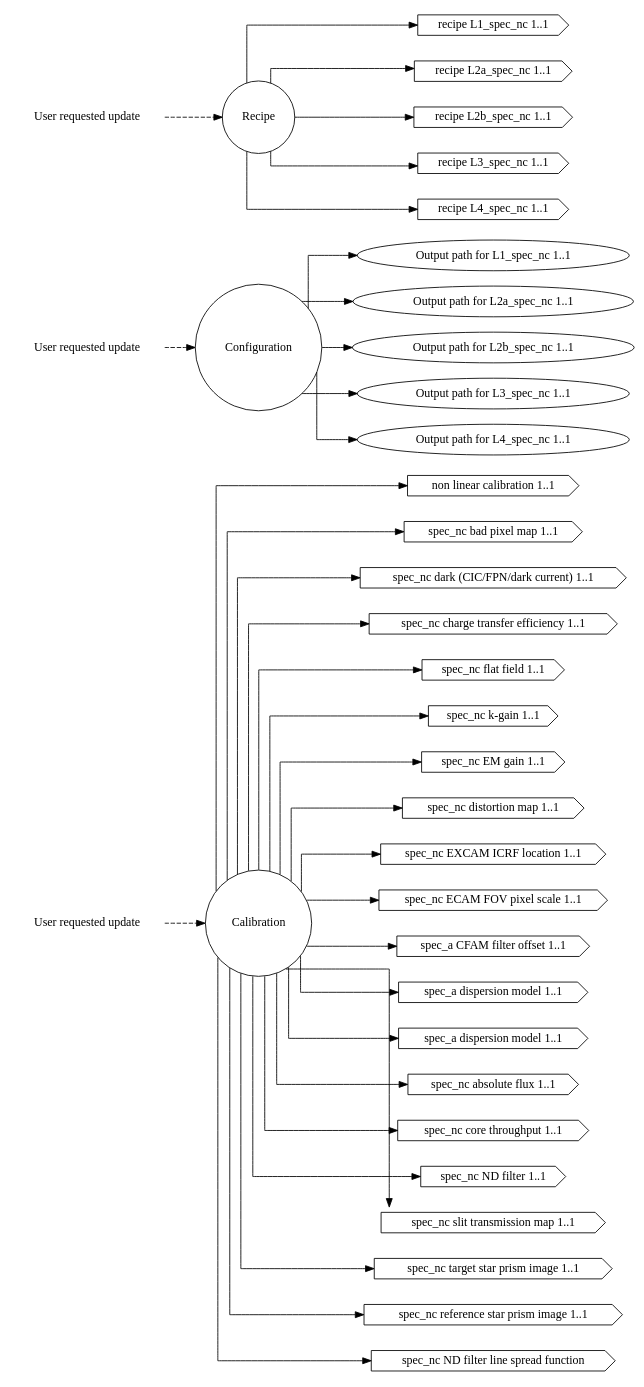
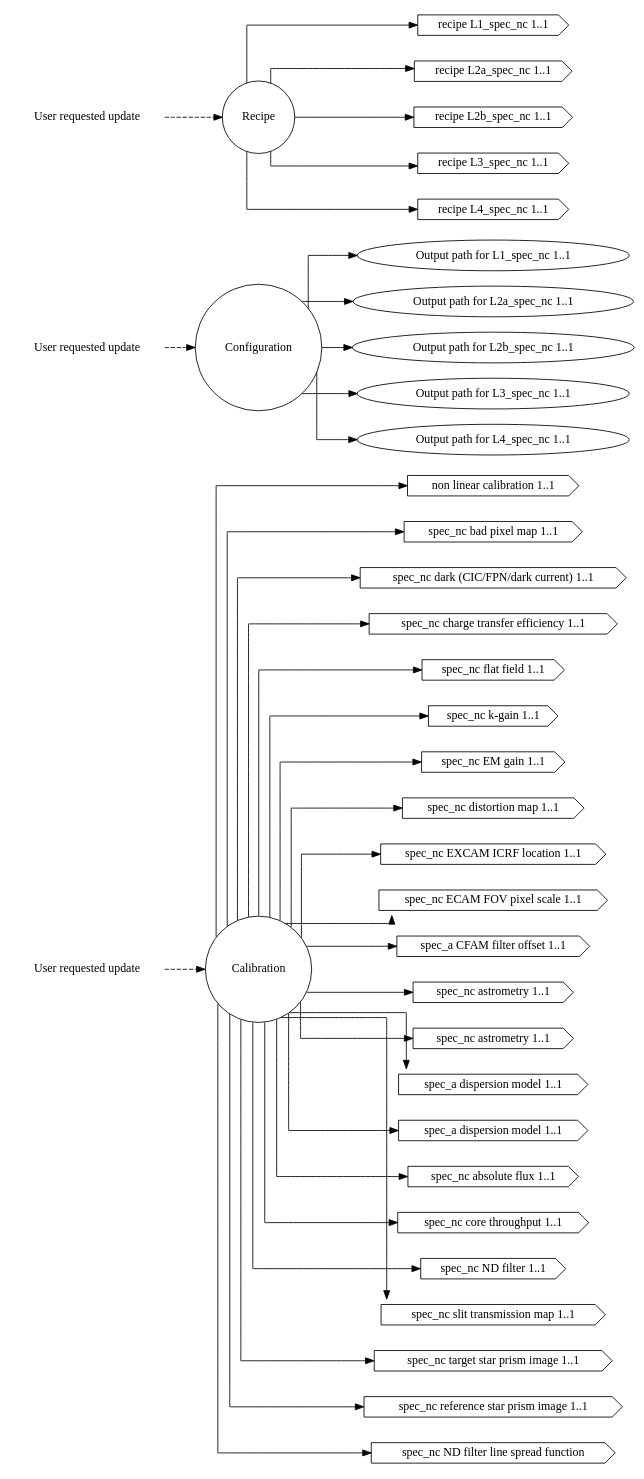
One commit to roman-corgi/ctc-dip changed the diagram in dip/basis/ck_spec_nc.dot. Above: the diagram before and after it, drawn with Graphviz. The commit also changed 48 other files, not shown here.

```diff
--- a/dip/basis/ck_spec_nc.dot
+++ b/dip/basis/ck_spec_nc.dot
@@ -1,149 +1,157 @@
 /* why separate channels and how are they tied back together
 *
 * The magic happens from clerks.dot. It contains the same clerks but with dawgie
 * information tied to the nodes. Since they are all named the same among these
 * channlized files and clerks.dot, the dip.basis.transmute distills then
 * condenses them into a hidden monolithic concept if they have dawgie
 * information associated with them. That is the real magic.
 */
 digraph SpectroscopyNCClerks
 {
   graph [splines="ortho", rankdir=LR];
 
   alarm_cal [label="User requested update", shape="none"];
   alarm_cnf [label="User requested update", shape="none"];
   alarm_rec [label="User requested update", shape="none"];
   
   calib [label="Calibration", shape="circle"];
   config [label="Configuration", shape="circle"];
   recipe [label="Recipe", shape="circle"];
 
   l1_spec_nc_odir [label="Output path for L1_spec_nc 1..1", shape="ellipse",
                  valname="clerk.configuration.l1_spec_nc.outdir",
                  valtype="dip.base.Configuration"];
   l1_spec_nc_rec [label="recipe L1_spec_nc 1..1", shape="cds",
                 valname="clerk.recipe.l1_spec_nc.recipe",
                 valtype="dip.base.Recipe"];
   l1_spec_nc_nllut [label="non linear calibration 1..1", shape="cds",
                      valname="clerk.calibration.l1_spec_nc.nonlin",
                      valtype="dip.base.Calibration"];
 
   l2a_spec_nc_odir [label="Output path for L2a_spec_nc 1..1", shape="ellipse",
                  valname="clerk.configuration.l2a_spec_nc.outdir",
                  valtype="dip.base.Configuration"];
   l2a_spec_nc_rec [label="recipe L2a_spec_nc 1..1", shape="cds",
                  valname="clerk.recipe.l2a_spec_nc.recipe",
                  valtype="dip.base.Recipe"];
   l2a_spec_nc_mbpm [label="spec_nc bad pixel map 1..1", shape="cds",
                 valname="clerk.calibration.l2a_spec_nc.bad_pix_map",
                 valtype="dip.base.Calibration"];
   l2a_spec_nc_dnb  [label="spec_nc dark (CIC/FPN/dark current) 1..1", shape="cds",
                   valname="clerk.calibration.l2a_spec_nc.darks",
                   valtype="dip.base.Calibration"];
   l2a_spec_nc_cti  [label="spec_nc charge transfer efficiency 1..1", shape="cds",
                 valname="clerk.calibration.l2a_spec_nc.charge_xfer_eff",
                 valtype="dip.base.Calibration"];
   l2a_spec_nc_ff  [label="spec_nc flat field 1..1", shape="cds",
                 valname="clerk.calibration.l2a_spec_nc.flat_field",
                 valtype="dip.base.Calibration"];
   l2a_spec_nc_kgain  [label="spec_nc k-gain 1..1", shape="cds",
                 valname="clerk.calibration.l2a_spec_nc.k_gain",
                 valtype="dip.base.Calibration"];
   l2a_spec_nc_emg [label="spec_nc EM gain 1..1", shape="cds",
                 valname="clerk.calibration.l2a_spec_nc.em_gain",
                 valtype="dip.base.Calibration"];
   l2b_spec_nc_odir [label="Output path for L2b_spec_nc 1..1", shape="ellipse",
                  valname="clerk.configuration.l2b_spec_nc.outdir",
                  valtype="dip.base.Configuration"];
   l2b_spec_nc_rec [label="recipe L2b_spec_nc 1..1", shape="cds",
                  valname="clerk.recipe.l2b_spec_nc.recipe",
                  valtype="dip.base.Recipe"];
   l2b_spec_nc_distm [label="spec_nc distortion map 1..1", shape="cds",
                  valname="clerk.calibration.l2b_spec_nc.distortion_map",
                  valtype="dip.base.Calibration"];
   l2b_spec_nc_excicrf [label="spec_nc EXCAM ICRF location 1..1", shape="cds",
                  valname="clerk.calibration.l2b_spec_nc.excam_icrf_location",
                  valtype="dip.base.Calibration"];
   l2b_spec_nc_excfovps [label="spec_nc ECAM FOV pixel scale 1..1", shape="cds",
                  valname="clerk.calibration.l2b_spec_nc.excam_fov_pixel_scale",
                  valtype="dip.base.Calibration"];
   l2b_spec_nc_cfamfo [label="spec_a CFAM filter offset 1..1", shape="cds",
                  valname="clerk.calibration.l2b_spec_nc.cfam_filter_offset",
                  valtype="dip.base.Calibration"];
 
   l3_spec_nc_odir [label="Output path for L3_spec_nc 1..1", shape="ellipse",
                  valname="clerk.configuration.l3_spec_nc.outdir",
                  valtype="dip.base.Configuration"];
   l3_spec_nc_rec [label="recipe L3_spec_nc 1..1", shape="cds",
                  valname="clerk.recipe.l3_spec_nc.recipe",
                  valtype="dip.base.Recipe"];
+  l3_spec_nc_ast [label="spec_nc astrometry 1..1", shape="cds",
+                 valname="clerk.calibration.l3_spec_nc.astrometry",
+                 valtype="dip.base.Calibration"];
+  l3_spec_nc_ndf [label="spec_nc astrometry 1..1", shape="cds",
+                 valname="clerk.calibration.l3_spec_nc.ndfilter",
+                 valtype="dip.base.Calibration"];
   l3_spec_nc_dispm [label="spec_a dispersion model 1..1", shape="cds",
                  valname="clerk.calibration.l3_spec_nc.dispersion_model",
                  valtype="dip.base.Calibration"];
   l3_spec_nc_wavem [label="spec_a dispersion model 1..1", shape="cds",
                  valname="clerk.calibration.l3_spec_nc.wavelength_map",
                  valtype="dip.base.Calibration"];
 
   l4_spec_nc_odir [label="Output path for L4_spec_nc 1..1", shape="ellipse",
                  valname="clerk.configuration.l4_spec_nc.outdir",
                  valtype="dip.base.Configuration"];
   l4_spec_nc_rec [label="recipe L4_spec_nc 1..1", shape="cds",
                  valname="clerk.recipe.l4_spec_nc.recipe",
                  valtype="dip.base.Recipe"];
   l4_spec_nc_afcal [label="spec_nc absolute flux 1..1", shape="cds",
                  valname="clerk.calibration.l4_spec_nc.absolute_flux",
                  valtype="dip.base.Calibration"];
   l4_spec_nc_ctcal [label="spec_nc core throughput 1..1", shape="cds",
                  valname="clerk.calibration.l4_spec_nc.core_thruput",
                  valtype="dip.base.Calibration"];
   l4_spec_nc_ndfilt [label="spec_nc ND filter 1..1", shape="cds",
                  valname="clerk.calibration.l4_spec_nc.nd_filter",
                  valtype="dip.base.Calibration"];
   l4_spec_nc_stmap [label="spec_nc slit transmission map 1..1", shape="cds",
                  valname="clerk.calibration.l4_spec_nc.slit_transmission_map",
                  valtype="dip.base.Calibration"];
   l4_spec_nc_tspi [label="spec_nc target star prism image 1..1", shape="cds",
                  valname="clerk.calibration.l4_spec_nc.target_star_prism_image",
                  valtype="dip.base.Calibration"];
   l4_spec_nc_rspi [label="spec_nc reference star prism image 1..1", shape="cds",
                  valname="clerk.calibration.l4_spec_nc.ref_star_prism_image",
                  valtype="dip.base.Calibration"];
   l4_spec_nc_lsf [label="spec_nc ND filter line spread function", shape="cds",
                  valname="clerk.calibration.l4_spec_nc.line_spread_function",
                  valtype="dip.base.Calibration"];
 
   alarm_cal -> calib [style="dashed"];
   alarm_cnf -> config [style="dashed"];
   alarm_rec -> recipe [style="dashed"];
 
   calib -> l1_spec_nc_nllut;
   calib -> l2a_spec_nc_mbpm;
   calib -> l2a_spec_nc_dnb;
   calib -> l2a_spec_nc_cti;
   calib -> l2a_spec_nc_ff;
   calib -> l2a_spec_nc_kgain;
   calib -> l2a_spec_nc_emg;
   calib -> l2b_spec_nc_distm;
   calib -> l2b_spec_nc_excicrf;
   calib -> l2b_spec_nc_excfovps;
   calib -> l2b_spec_nc_cfamfo;
+  calib -> l3_spec_nc_ast;
+  calib -> l3_spec_nc_ndf;
   calib -> l3_spec_nc_dispm;
   calib -> l3_spec_nc_wavem;
   calib -> l4_spec_nc_afcal;
   calib -> l4_spec_nc_ctcal;
   calib -> l4_spec_nc_ndfilt;
   calib -> l4_spec_nc_stmap;
   calib -> l4_spec_nc_tspi;
   calib -> l4_spec_nc_rspi;
   calib -> l4_spec_nc_lsf;
   config -> l1_spec_nc_odir;
   config -> l2a_spec_nc_odir;
   config -> l2b_spec_nc_odir;
   config -> l3_spec_nc_odir;
   config -> l4_spec_nc_odir;
   recipe -> l1_spec_nc_rec;
   recipe -> l2a_spec_nc_rec;
   recipe -> l2b_spec_nc_rec;
   recipe -> l3_spec_nc_rec;
   recipe -> l4_spec_nc_rec;
 }
```
